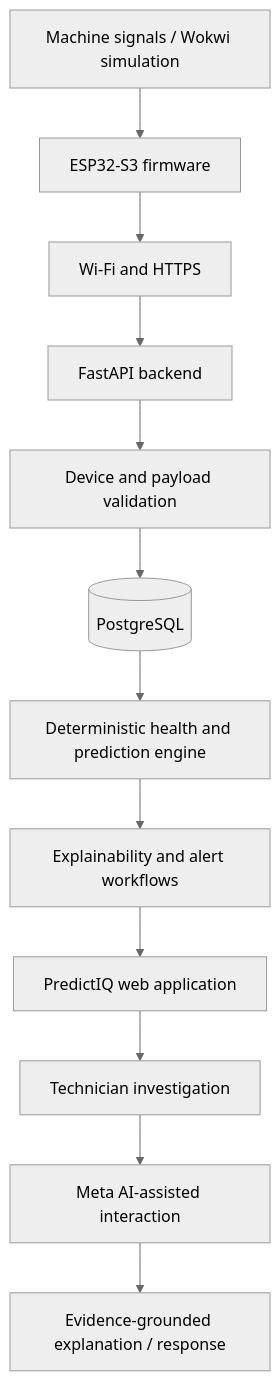
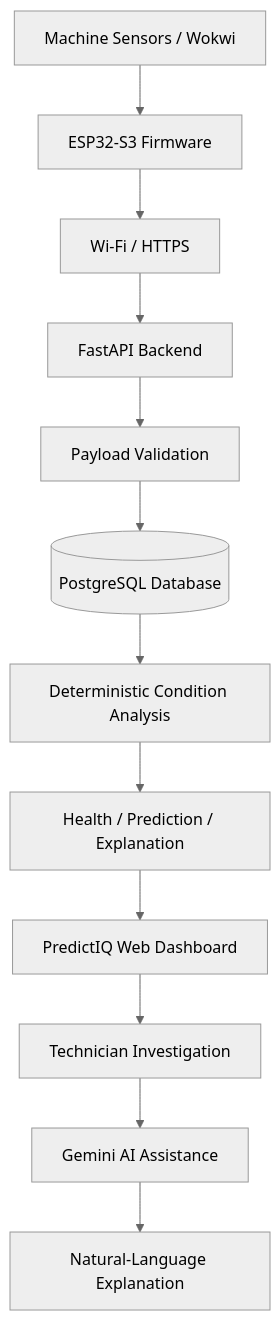
One commit to kit29-25bad132/PredictIQ changed the diagram in docs/README.md. Above: the diagram before and after it, drawn with Mermaid (neutral theme). The commit also changed other lines of this file, not shown here.

````diff
--- a/docs/README.md
+++ b/docs/README.md
@@ -96,14 +94,14 @@
 ```mermaid
 flowchart TD
-    A["Machine signals / Wokwi simulation"] --> B["ESP32-S3 firmware"]
-    B --> C["Wi-Fi and HTTPS"]
-    C --> D["FastAPI backend"]
-    D --> E["Device and payload validation"]
-    E --> F[("PostgreSQL")]
-    F --> G["Deterministic health and prediction engine"]
-    G --> H["Explainability and alert workflows"]
-    H --> I["PredictIQ web application"]
-    I --> J["Technician investigation"]
-    J --> K["Meta AI-assisted interaction"]
-    K --> L["Evidence-grounded explanation / response"]
+    A["Machine Sensors / Wokwi"] --> B["ESP32-S3 Firmware"]
+    B --> C["Wi-Fi / HTTPS"]
+    C --> D["FastAPI Backend"]
+    D --> E["Payload Validation"]
+    E --> F[("PostgreSQL Database")]
+    F --> G["Deterministic Condition Analysis"]
+    G --> H["Health / Prediction / Explanation"]
+    H --> I["PredictIQ Web Dashboard"]
+    I --> J["Technician Investigation"]
+    J --> K["Gemini AI Assistance"]
+    K --> L["Natural-Language Explanation"]
 ```
````
